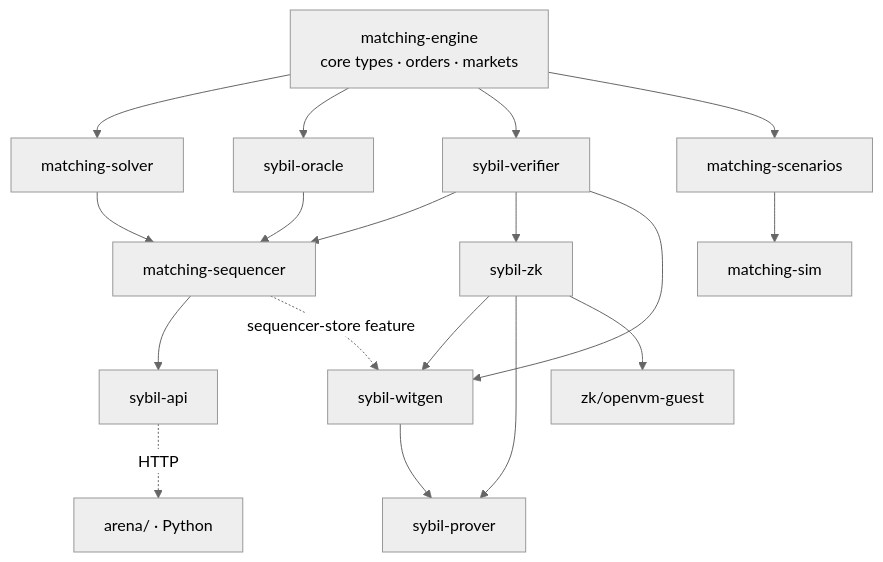
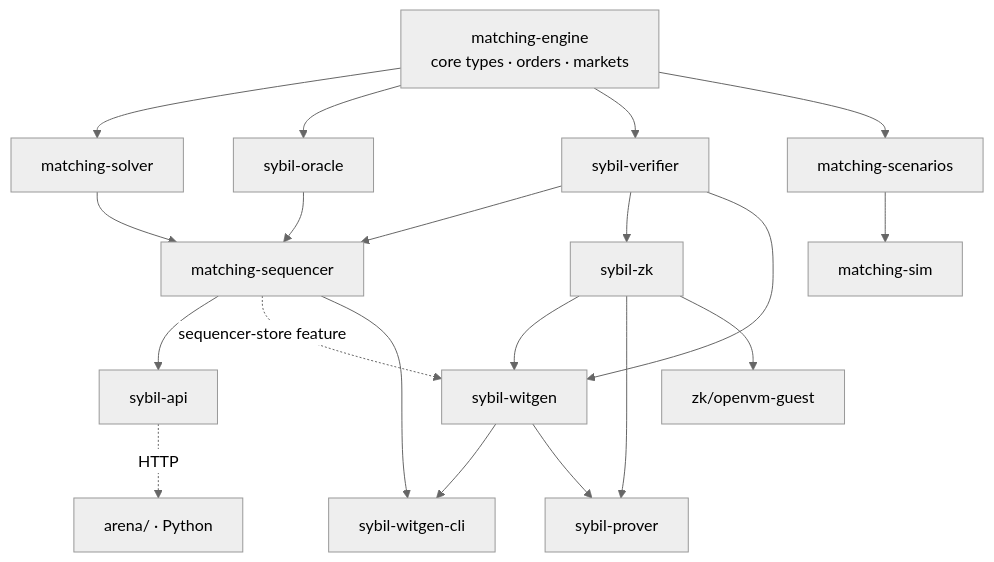
The diagram in docs/architecture/Crate Dependency Map.md (MetaB0y/sybil), drawn with Mermaid (neutral theme) before and after one commit. The commit also changed other lines of this file and 9 other files, not shown here.

````diff
--- a/docs/architecture/Crate Dependency Map.md
+++ b/docs/architecture/Crate Dependency Map.md
@@ -26,25 +28,27 @@
 ```mermaid
 graph TB
     ENGINE["matching-engine<br/>core types · orders · markets"]
 
     ENGINE --> SOLVER["matching-solver"]
     ENGINE --> ORACLE["sybil-oracle"]
     ENGINE --> VERIFIER["sybil-verifier"]
     ENGINE --> SCENARIOS["matching-scenarios"]
 
     SOLVER --> SEQ["matching-sequencer"]
     ORACLE --> SEQ
     VERIFIER --> SEQ
 
     SEQ --> API["sybil-api"]
     API -.->|"HTTP"| ARENA["arena/ · Python"]
 
     SCENARIOS --> SIM["matching-sim"]
     VERIFIER --> ZK["sybil-zk"]
     VERIFIER --> WITGEN
     ZK --> WITGEN
     SEQ -.->|"sequencer-store feature"| WITGEN["sybil-witgen"]
+    SEQ --> WITGENCLI["sybil-witgen-cli"]
+    WITGEN --> WITGENCLI
     WITGEN --> PROVER["sybil-prover"]
     ZK --> PROVER
     ZK --> OPENVM["zk/openvm-guest"]
 ```
````
